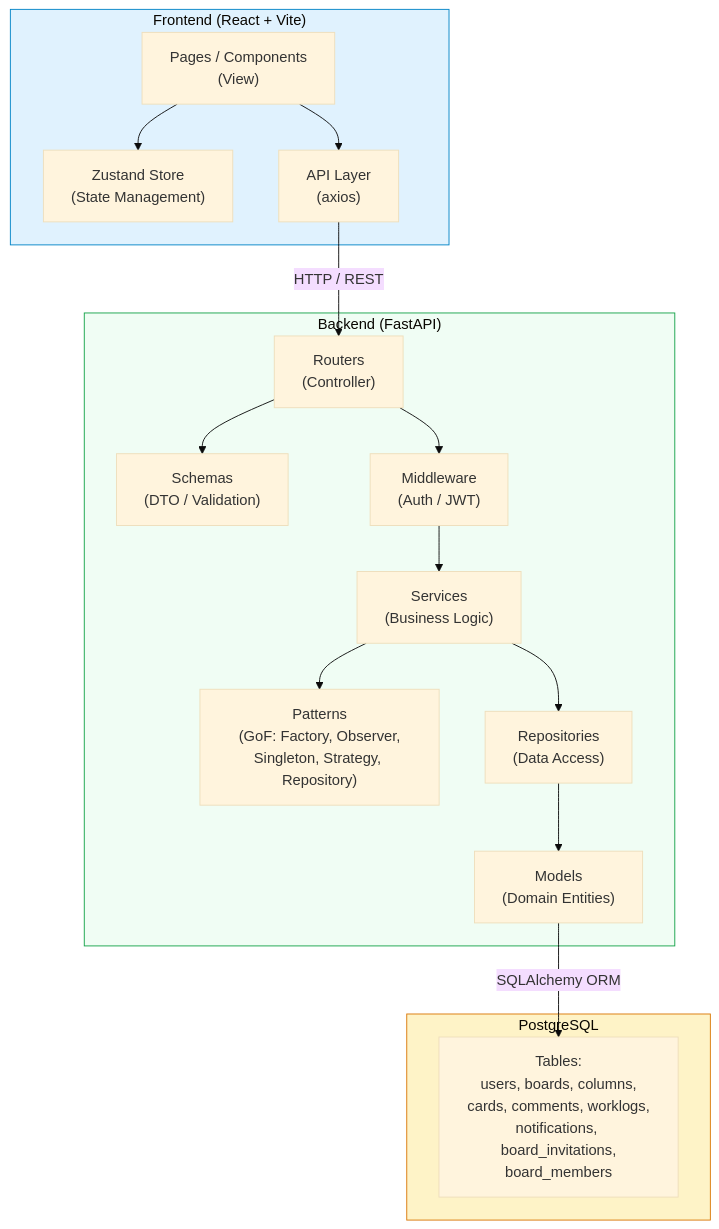
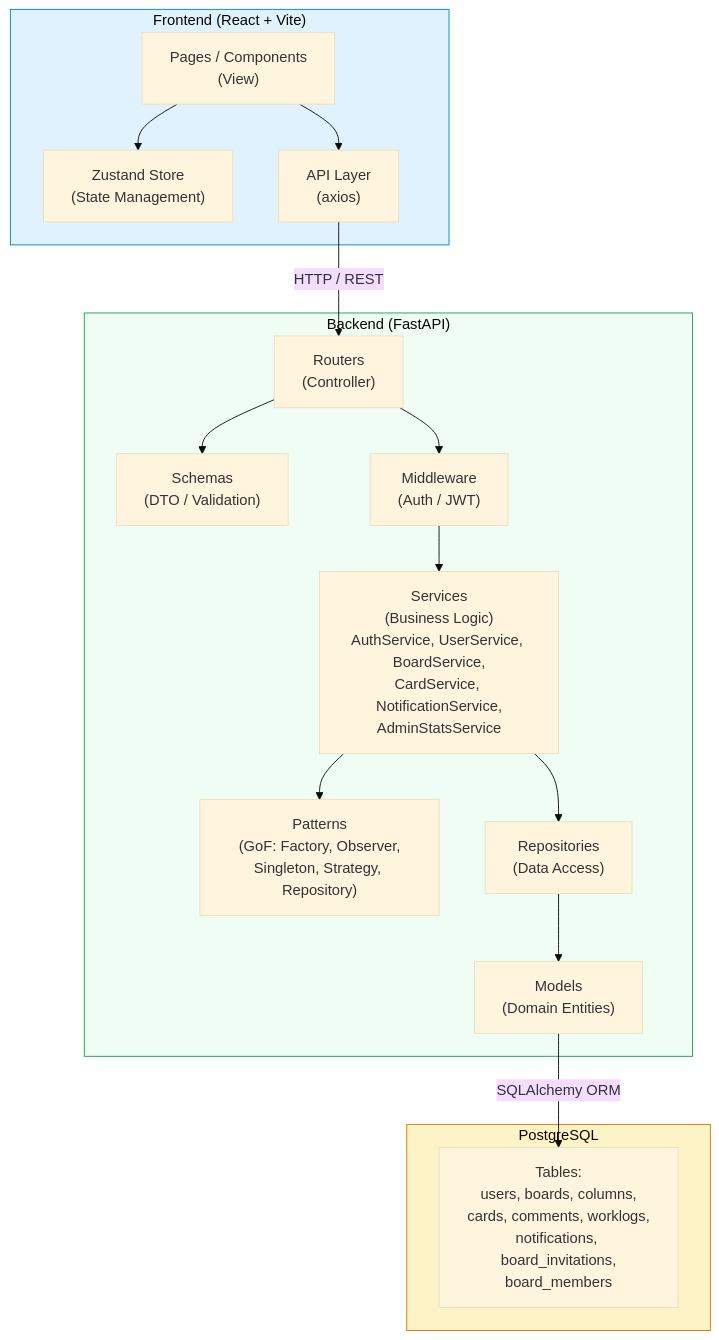
Before and after one commit to harlinskyi/base-trello: the second of 8 diagrams in docs/DIAGRAMS.md, drawn with Mermaid (base theme). The commit also changed other lines of this file and 32 other files, not shown here.

First line of the commit message:
feat: add AdminStatsPage and AdminUsersPage for admin panel statistics and user management

````diff
--- a/docs/DIAGRAMS.md
+++ b/docs/DIAGRAMS.md
@@ -137,37 +138,37 @@
 ```mermaid
 graph TB
     subgraph Frontend["Frontend (React + Vite)"]
         UI["Pages / Components<br/>(View)"]
         Store["Zustand Store<br/>(State Management)"]
         API["API Layer<br/>(axios)"]
     end
 
     subgraph Backend["Backend (FastAPI)"]
         Routers["Routers<br/>(Controller)"]
-        Services["Services<br/>(Business Logic)"]
+        Services["Services<br/>(Business Logic)<br/>AuthService, UserService, BoardService,<br/>CardService, NotificationService,<br/>AdminStatsService"]
         Patterns["Patterns<br/>(GoF: Factory, Observer,<br/>Singleton, Strategy, Repository)"]
         Repositories["Repositories<br/>(Data Access)"]
         Models["Models<br/>(Domain Entities)"]
         Schemas["Schemas<br/>(DTO / Validation)"]
         Middleware["Middleware<br/>(Auth / JWT)"]
     end
 
     subgraph Database["PostgreSQL"]
         Tables["Tables:<br/>users, boards, columns,<br/>cards, comments, worklogs,<br/>notifications, board_invitations,<br/>board_members"]
     end
 
     UI --> Store
     UI --> API
     API -->|HTTP / REST| Routers
     Routers --> Middleware
     Middleware --> Services
     Services --> Patterns
     Services --> Repositories
     Repositories --> Models
     Routers --> Schemas
     Models -->|SQLAlchemy ORM| Tables
 
     style Frontend fill:#e0f2fe,stroke:#0284c7
     style Backend fill:#f0fdf4,stroke:#16a34a
     style Database fill:#fef3c7,stroke:#d97706
 ```
````
